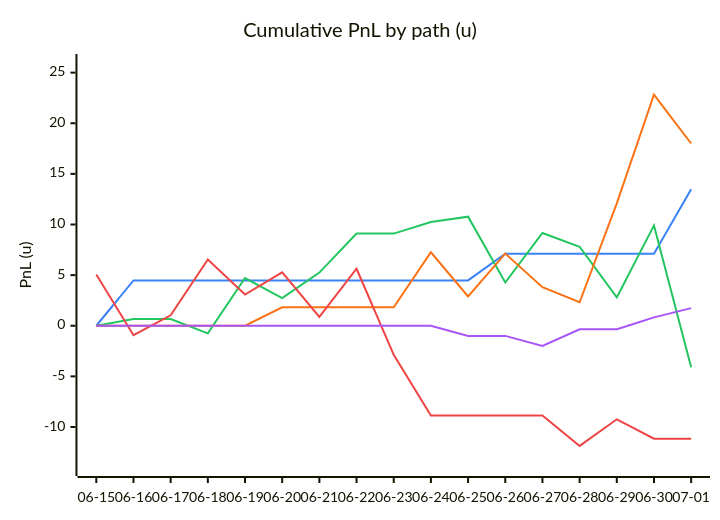
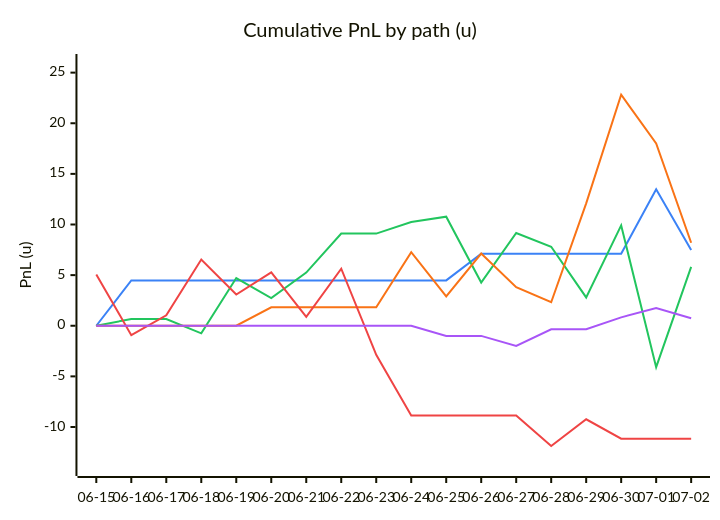
One commit to dpk1212/nhl-savant changed the first of 5 diagrams in DAILY_AGSU_REPORT.md. Above: the diagram before and after it, drawn with Mermaid. The commit also changed other lines of this file, not shown here.

````diff
--- a/DAILY_AGSU_REPORT.md
+++ b/DAILY_AGSU_REPORT.md
@@ -198,12 +203,12 @@
 ```mermaid
 %%{init: {"themeVariables": {"xyChart": {"plotColorPalette": "#3b82f6,#22c55e,#f97316,#ef4444,#a855f7"}}}}%%
 xychart-beta
     title "Cumulative PnL by path (u)"
-    x-axis ["06-15", "06-16", "06-17", "06-18", "06-19", "06-20", "06-21", "06-22", "06-23", "06-24", "06-25", "06-26", "06-27", "06-28", "06-29", "06-30", "07-01"]
+    x-axis ["06-15", "06-16", "06-17", "06-18", "06-19", "06-20", "06-21", "06-22", "06-23", "06-24", "06-25", "06-26", "06-27", "06-28", "06-29", "06-30", "07-01", "07-02"]
     y-axis "PnL (u)" -14 --> 26
-    line [0, 4.48, 4.48, 4.48, 4.48, 4.48, 4.48, 4.48, 4.48, 4.48, 4.48, 7.12, 7.12, 7.12, 7.12, 7.12, 13.47]
-    line [0, 0.67, 0.67, -0.75, 4.71, 2.73, 5.25, 9.1, 9.1, 10.24, 10.77, 4.27, 9.16, 7.8, 2.8, 9.91, -4.09]
-    line [0, 0, 0, 0, 0, 1.82, 1.82, 1.82, 1.82, 7.26, 2.9, 7.13, 3.81, 2.32, 12.09, 22.82, 18]
-    line [5.07, -0.93, 1.03, 6.54, 3.08, 5.27, 0.88, 5.63, -2.87, -8.87, -8.87, -8.87, -8.87, -11.87, -9.24, -11.16, -11.16]
-    line [0, 0, 0, 0, 0, 0, 0, 0, 0, 0, -1, -1, -2, -0.35, -0.35, 0.83, 1.74]
+    line [0, 4.48, 4.48, 4.48, 4.48, 4.48, 4.48, 4.48, 4.48, 4.48, 4.48, 7.12, 7.12, 7.12, 7.12, 7.12, 13.47, 7.47]
+    line [0, 0.67, 0.67, -0.75, 4.71, 2.73, 5.25, 9.1, 9.1, 10.24, 10.77, 4.27, 9.16, 7.8, 2.8, 9.91, -4.09, 5.82]
+    line [0, 0, 0, 0, 0, 1.82, 1.82, 1.82, 1.82, 7.26, 2.9, 7.13, 3.81, 2.32, 12.09, 22.82, 18, 8.2]
+    line [5.07, -0.93, 1.03, 6.54, 3.08, 5.27, 0.88, 5.63, -2.87, -8.87, -8.87, -8.87, -8.87, -11.87, -9.24, -11.16, -11.16, -11.16]
+    line [0, 0, 0, 0, 0, 0, 0, 0, 0, 0, -1, -1, -2, -0.35, -0.35, 0.83, 1.74, 0.74]
 ```
````
